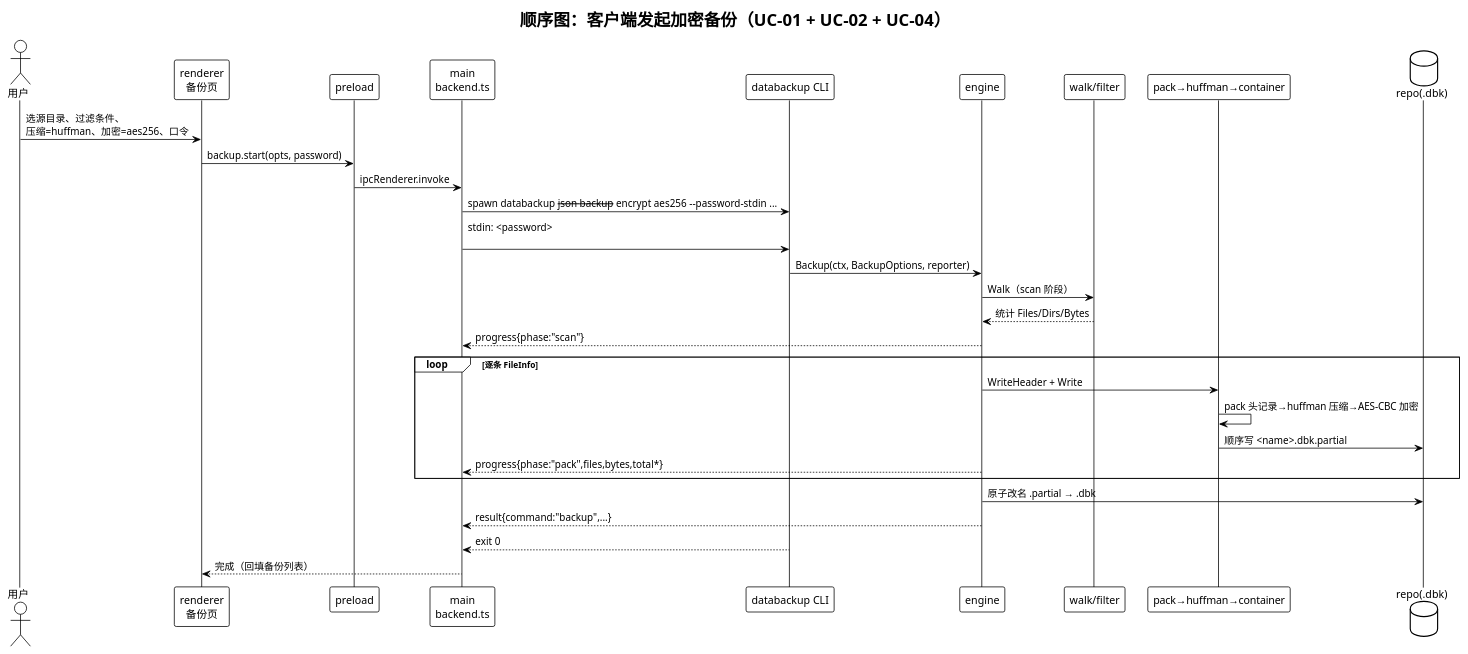
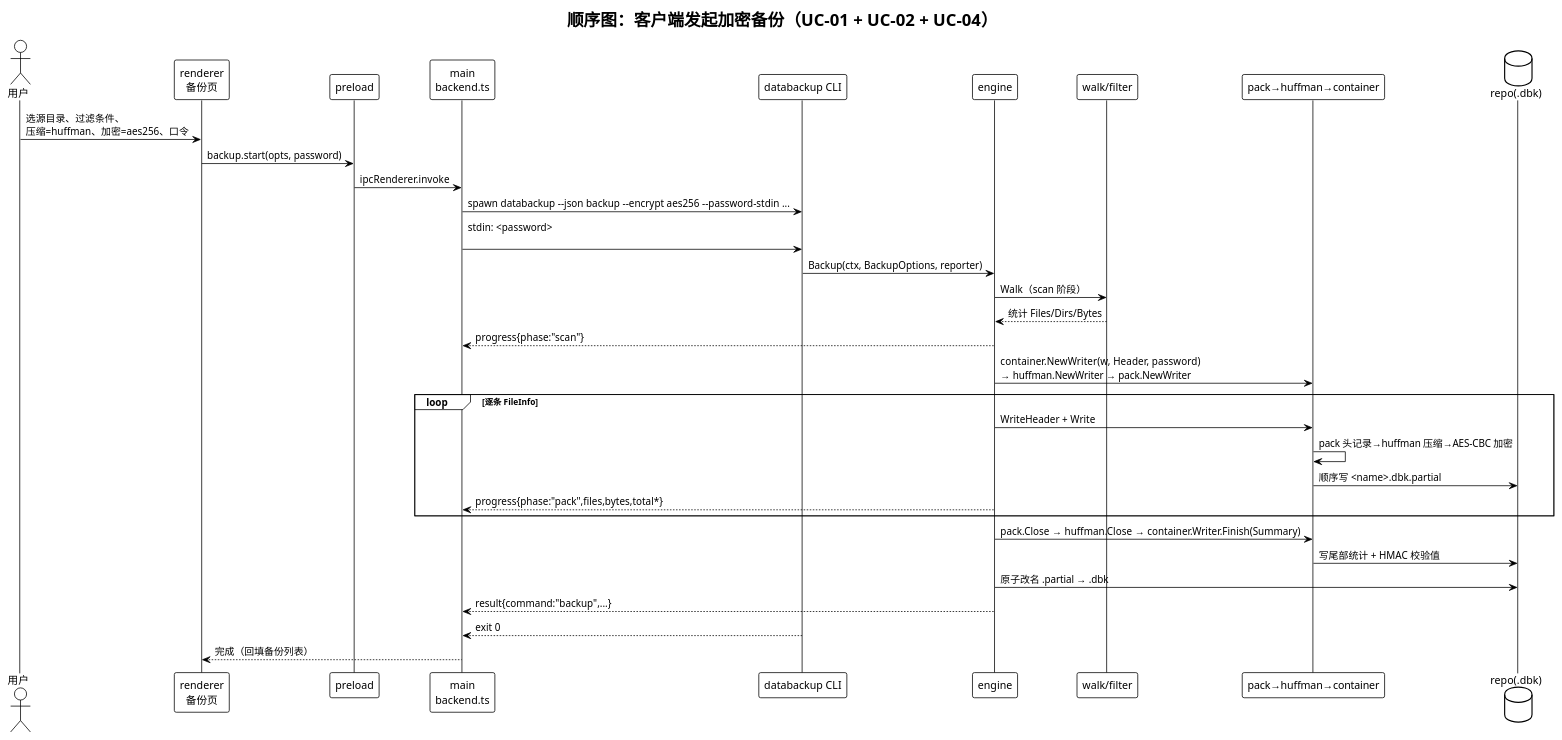
One commit to Piaoxuemoli/software-class-qoobeewang changed the diagram in docs/deliverables/diagrams/seq-backup.puml. Above: the diagram before and after it, drawn with PlantUML. The commit also changed 7 other files, not shown here.

First line of the commit message:
docs(deliverables): 设计文档与冻结接口对齐、补类图基数与追溯矩阵 (#16)

```diff
--- a/docs/deliverables/diagrams/seq-backup.puml
+++ b/docs/deliverables/diagrams/seq-backup.puml
@@ -1,34 +1,37 @@
 @startuml seq-backup
 !theme plain
 title 顺序图：客户端发起加密备份（UC-01 + UC-02 + UC-04）
 
 actor 用户 as U
 participant "renderer\n备份页" as R
 participant "preload" as P
 participant "main\nbackend.ts" as M
 participant "databackup CLI" as C
 participant "engine" as E
 participant "walk/filter" as W
 participant "pack→huffman→container" as D
 database "repo(.dbk)" as RE
 
 U -> R : 选源目录、过滤条件、\n压缩=huffman、加密=aes256、口令
 R -> P : backup.start(opts, password)
 P -> M : ipcRenderer.invoke
-M -> C : spawn databackup --json backup --encrypt aes256 --password-stdin ...
+M -> C : spawn databackup ~--json backup ~--encrypt aes256 ~--password-stdin ...
 M -> C : stdin: <password>\n
 C -> E : Backup(ctx, BackupOptions, reporter)
 E -> W : Walk（scan 阶段）
 W --> E : 统计 Files/Dirs/Bytes
 E --> M : progress{phase:"scan"}
+E -> D : container.NewWriter(w, Header, password)\n→ huffman.NewWriter → pack.NewWriter
 loop 逐条 FileInfo
   E -> D : WriteHeader + Write
   D -> D : pack 头记录→huffman 压缩→AES-CBC 加密
   D -> RE : 顺序写 <name>.dbk.partial
   E --> M : progress{phase:"pack",files,bytes,total*}
 end
+E -> D : pack.Close → huffman.Close → container.Writer.Finish(Summary)
+D -> RE : 写尾部统计 + HMAC 校验值
 E -> RE : 原子改名 .partial → .dbk
 E --> M : result{command:"backup",...}
 C --> M : exit 0
 M --> R : 完成（回填备份列表）
 @enduml
```
